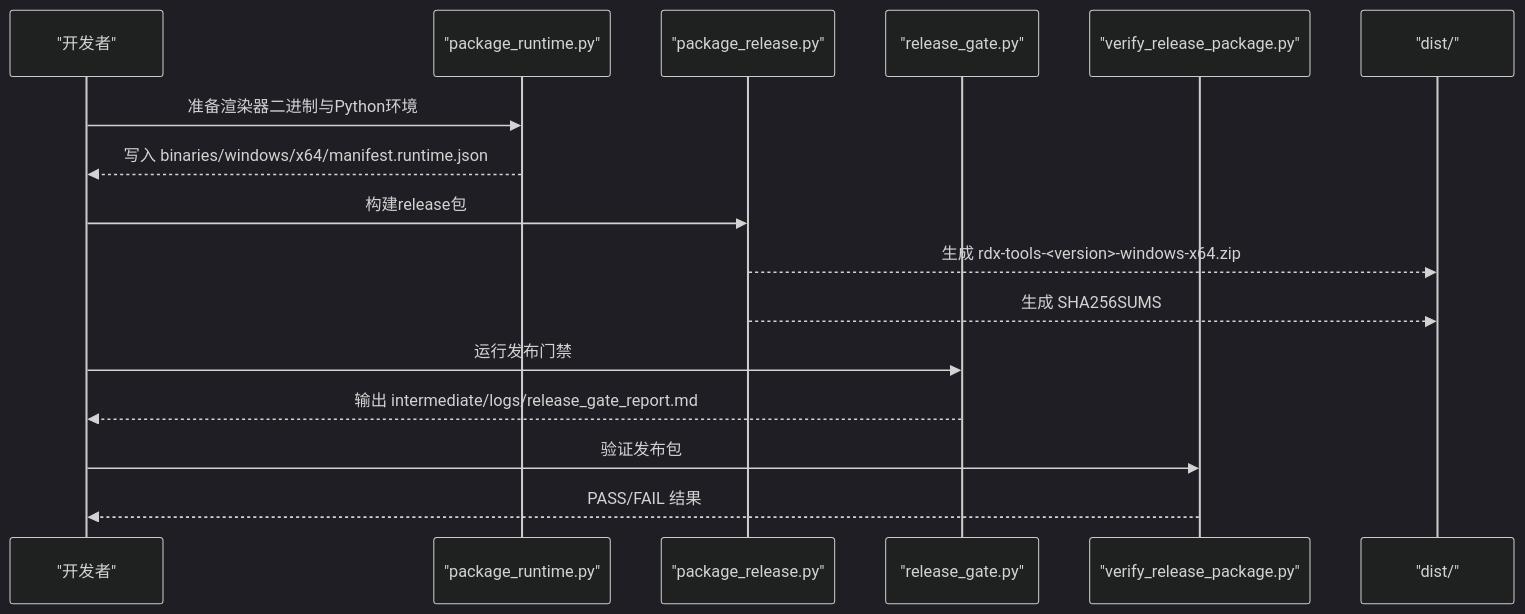
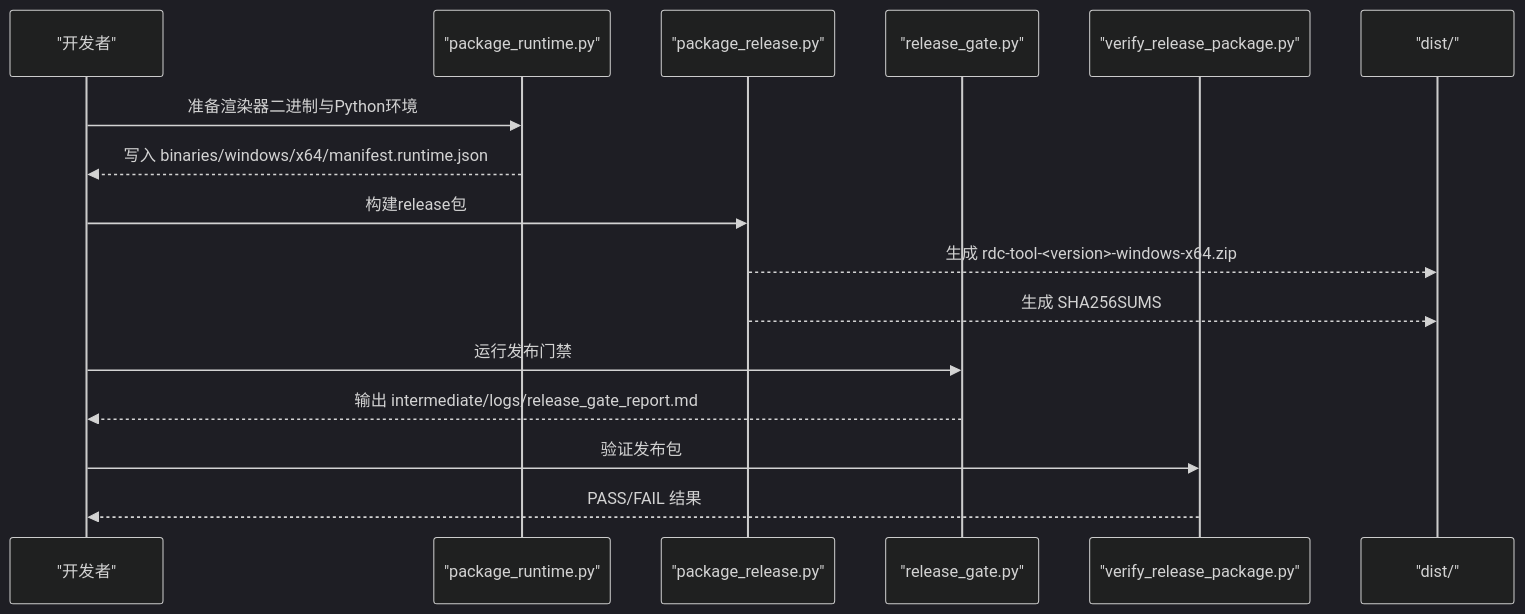
Before and after one commit to haolange/RDC-Tool: the second of 6 diagrams in .qoder/repowiki/zh/content/开发指南/构建和发布.md, drawn with Mermaid (dark theme). The commit also changed other lines of this file and 388 other files, not shown here.

First line of the commit message:
Release RDC-Tool identity and public maintenance surface

````diff
--- a/.qoder/repowiki/zh/content/开发指南/构建和发布.md
+++ b/.qoder/repowiki/zh/content/开发指南/构建和发布.md
@@ -91,18 +91,18 @@
 ```mermaid
 sequenceDiagram
 participant Dev as "开发者"
 participant PR as "package_runtime.py"
 participant PB as "package_release.py"
 participant RG as "release_gate.py"
 participant VP as "verify_release_package.py"
 participant Dist as "dist/"
 Dev->>PR : 准备渲染器二进制与Python环境
 PR-->>Dev : 写入 binaries/windows/x64/manifest.runtime.json
 Dev->>PB : 构建release包
-PB-->>Dist : 生成 rdx-tools-<version>-windows-x64.zip
+PB-->>Dist : 生成 rdc-tool-<version>-windows-x64.zip
 PB-->>Dist : 生成 SHA256SUMS
 Dev->>RG : 运行发布门禁
 RG-->>Dev : 输出 intermediate/logs/release_gate_report.md
 Dev->>VP : 验证发布包
 VP-->>Dev : PASS/FAIL 结果
 ```
````
